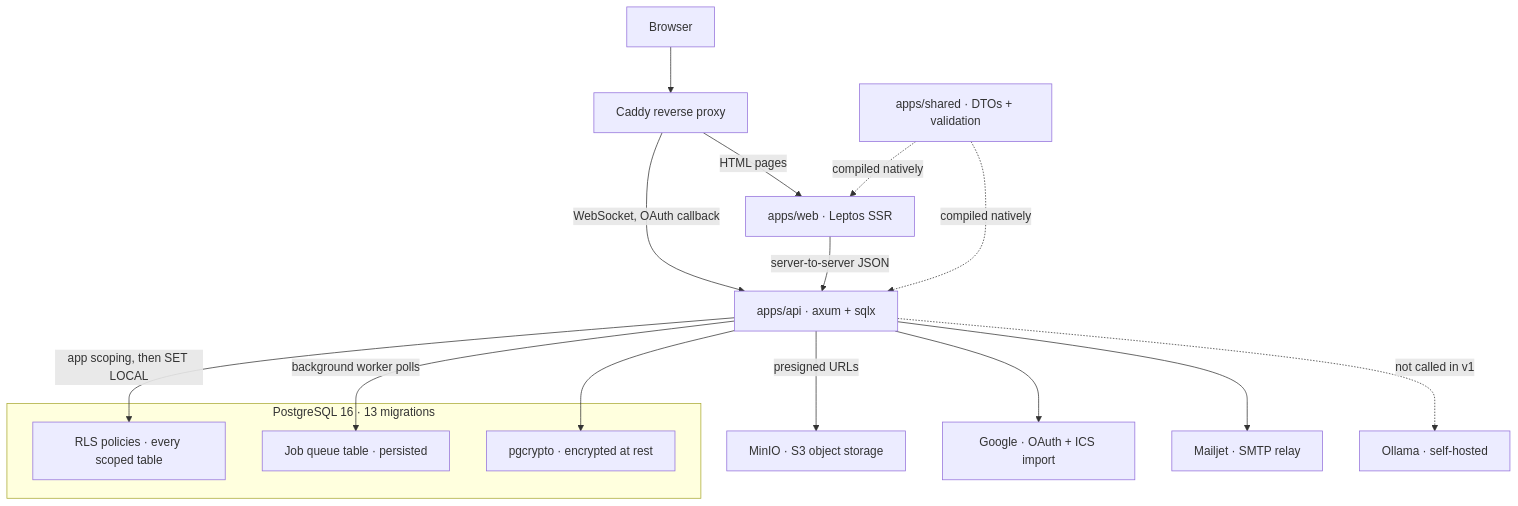
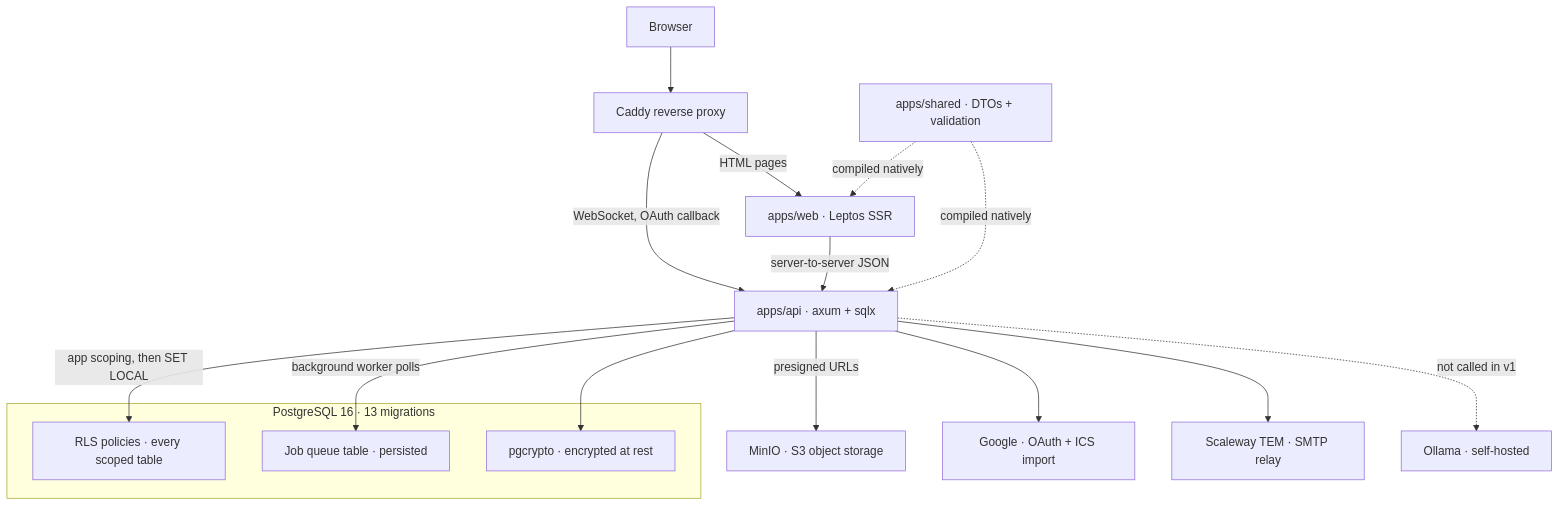
Before and after one commit to maelprog/manage_our_home: the diagram in README.md, drawn with Mermaid. The commit also changed 7 other files, not shown here.

First line of the commit message:
docs(rgpd): Scaleway TEM remplace Mailjet comme relais SMTP, aucun transfert hors UE (#328) (#343)

````diff
--- a/README.md
+++ b/README.md
@@ -13,32 +13,32 @@
 ```mermaid
 flowchart TB
     browser["Browser"]
     caddy["Caddy reverse proxy"]
     web["apps/web · Leptos SSR"]
     api["apps/api · axum + sqlx"]
     shared["apps/shared · DTOs + validation"]
     minio["MinIO · S3 object storage"]
     google["Google · OAuth + ICS import"]
-    smtp["Mailjet · SMTP relay"]
+    smtp["Scaleway TEM · SMTP relay"]
     ollama["Ollama · self-hosted"]
 
     subgraph pg["PostgreSQL 16 · 13 migrations"]
         rls["RLS policies · every scoped table"]
         jobs["Job queue table · persisted"]
         crypto["pgcrypto · encrypted at rest"]
     end
 
     browser --> caddy
     caddy -->|"HTML pages"| web
     caddy -->|"WebSocket, OAuth callback"| api
     web -->|"server-to-server JSON"| api
     shared -.->|"compiled natively"| web
     shared -.->|"compiled natively"| api
     api -->|"app scoping, then SET LOCAL"| rls
     api -->|"background worker polls"| jobs
     api --> crypto
     api -->|"presigned URLs"| minio
     api --> google
     api --> smtp
     api -.->|"not called in v1"| ollama
 ```
````
